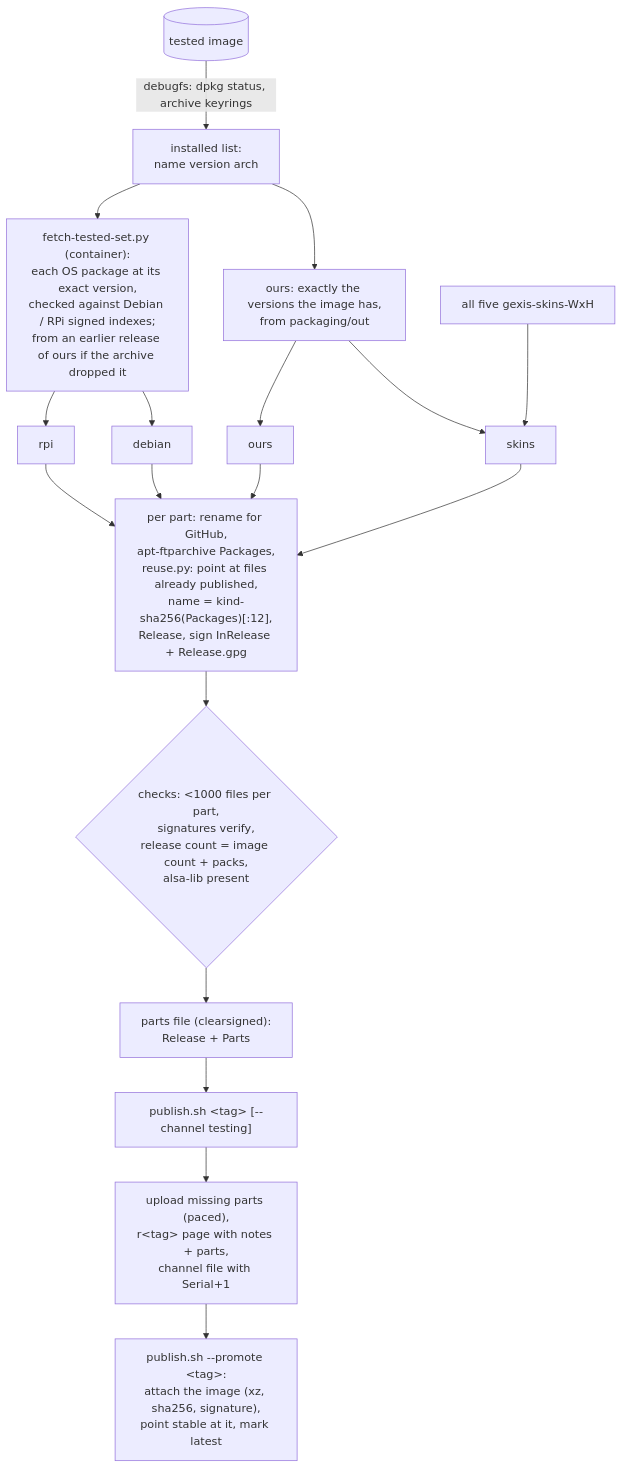
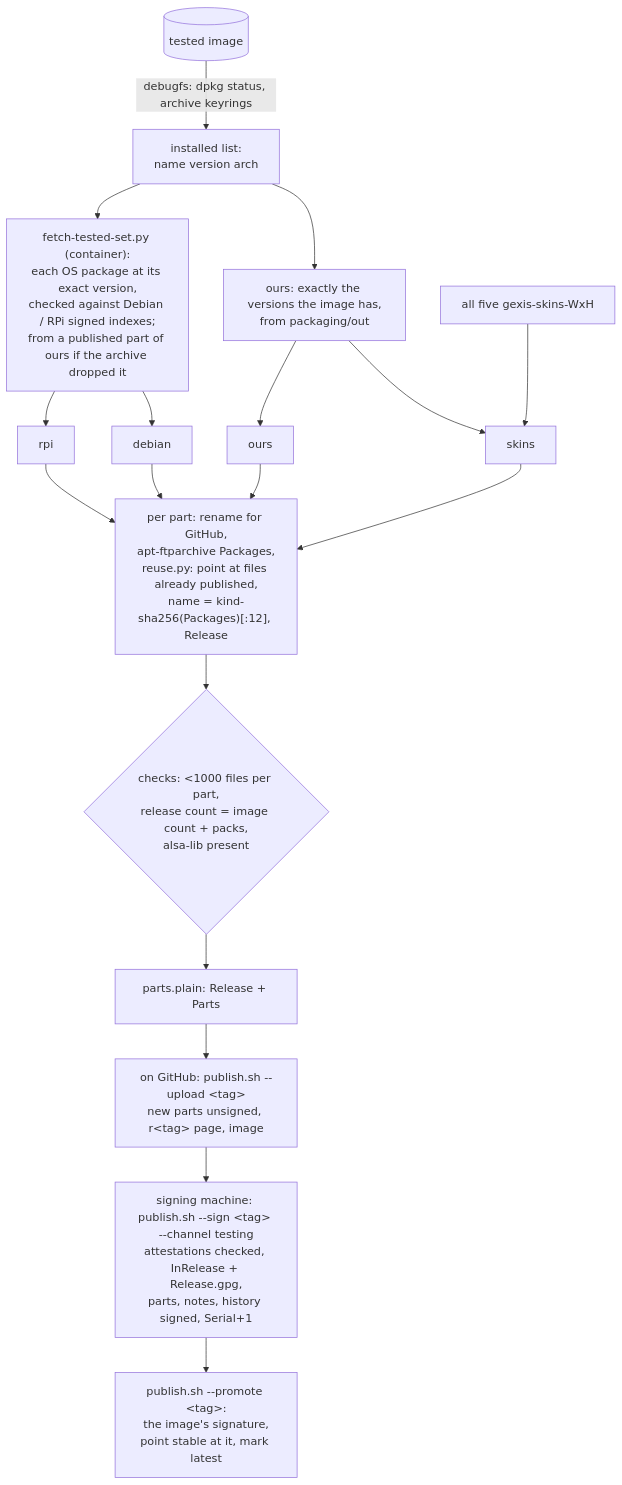
The third of 5 diagrams in docs/tech/updates-and-releases.md (gcarstoiu/gexis-player), drawn with Mermaid before and after one commit. The commit also changed other lines of this file and 1 other file, not shown here.

Commit message:
Releases built on GitHub in the technical guide and BUILD-TRAPS (ADR-0173): the steps, the diagrams, previews, the local fallback

````diff
--- a/docs/tech/updates-and-releases.md
+++ b/docs/tech/updates-and-releases.md
@@ -240,15 +290,15 @@
 ```mermaid
 flowchart TD
     I[(tested image)] -->|debugfs: dpkg status, archive keyrings| L[installed list:<br/>name version arch]
-    L --> OS["fetch-tested-set.py (container):<br/>each OS package at its exact version,<br/>checked against Debian / RPi signed indexes;<br/>from an earlier release of ours if the archive dropped it"]
+    L --> OS["fetch-tested-set.py (container):<br/>each OS package at its exact version,<br/>checked against Debian / RPi signed indexes;<br/>from a published part of ours if the archive dropped it"]
     L --> O["ours: exactly the versions the image has,<br/>from packaging/out"]
     SP["all five gexis-skins-WxH"] --> K
     OS --> R[rpi] & D[debian]
     O --> U[ours] & K[skins]
-    U & K & R & D --> N["per part: rename for GitHub,<br/>apt-ftparchive Packages,<br/>reuse.py: point at files already published,<br/>name = kind-sha256(Packages)[:12],<br/>Release, sign InRelease + Release.gpg"]
-    N --> C{"checks: &lt;1000 files per part,<br/>signatures verify,<br/>release count = image count + packs,<br/>alsa-lib present"}
-    C --> PF["parts file (clearsigned):<br/>Release + Parts"]
-    PF --> P["publish.sh &lt;tag&gt; [--channel testing]"]
-    P --> GH["upload missing parts (paced),<br/>r&lt;tag&gt; page with notes + parts,<br/>channel file with Serial+1"]
-    GH --> PR["publish.sh --promote &lt;tag&gt;:<br/>attach the image (xz, sha256, signature),<br/>point stable at it, mark latest"]
+    U & K & R & D --> N["per part: rename for GitHub,<br/>apt-ftparchive Packages,<br/>reuse.py: point at files already published,<br/>name = kind-sha256(Packages)[:12], Release"]
+    N --> C{"checks: &lt;1000 files per part,<br/>release count = image count + packs,<br/>alsa-lib present"}
+    C --> PF["parts.plain: Release + Parts"]
+    PF --> UP["on GitHub: publish.sh --upload &lt;tag&gt;<br/>new parts unsigned, r&lt;tag&gt; page, image"]
+    UP --> S["signing machine: publish.sh --sign &lt;tag&gt; --channel testing<br/>attestations checked, InRelease + Release.gpg,<br/>parts, notes, history signed, Serial+1"]
+    S --> PR["publish.sh --promote &lt;tag&gt;:<br/>the image's signature,<br/>point stable at it, mark latest"]
 ```
````
